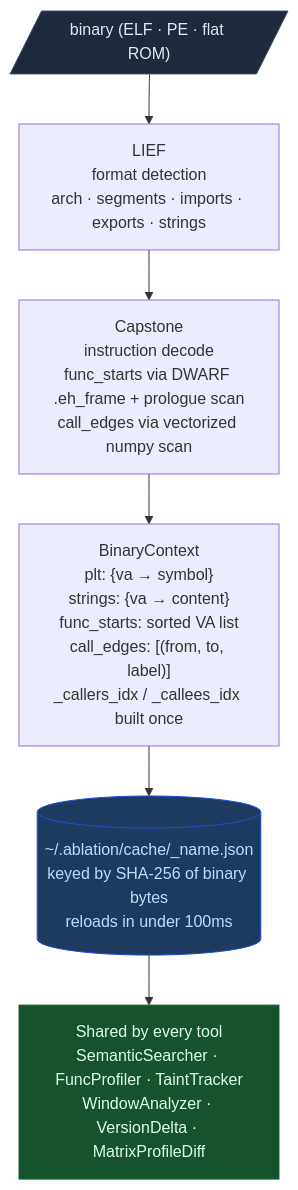
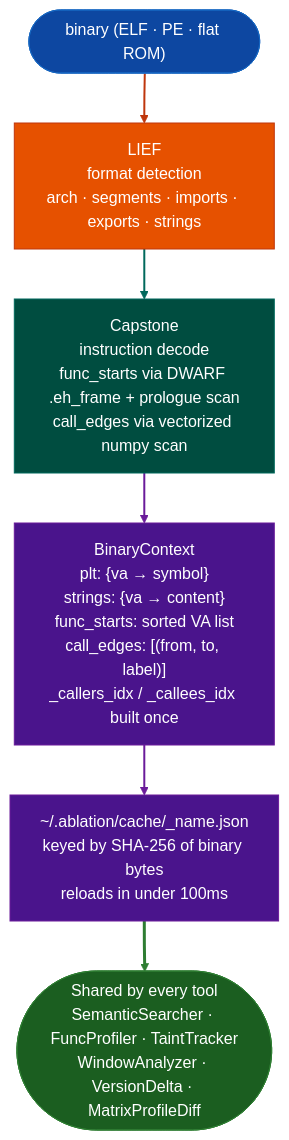
Before and after one commit to Ablation-Tool/ablation: the second of 22 diagrams in docs/overview.md, drawn with Mermaid. The commit also changed other lines of this file and 320 other files, not shown here.

First line of the commit message:
docs: apply canonical Mermaid template to all 321 diagrams

````diff
--- a/docs/overview.md
+++ b/docs/overview.md
@@ -59,12 +66,19 @@
 ```mermaid
 flowchart TD
-    A[/"binary (ELF · PE · flat ROM)"/] --> B["LIEF\nformat detection\narch · segments · imports · exports · strings"]
-    B --> C["Capstone\ninstruction decode\nfunc_starts via DWARF .eh_frame + prologue scan\ncall_edges via vectorized numpy scan"]
-    C --> D["BinaryContext\nplt: {va → symbol}\nstrings: {va → content}\nfunc_starts: sorted VA list\ncall_edges: [(from, to, label)]\n_callers_idx / _callees_idx built once"]
-    D --> E[("~/.ablation/cache/<sha256[:16]>_name.json\nkeyed by SHA-256 of binary bytes\nreloads in under 100ms")]
-    E --> F["Shared by every tool\nSemanticSearcher · FuncProfiler · TaintTracker\nWindowAnalyzer · VersionDelta · MatrixProfileDiff"]
-
-    style A fill:#1e293b,stroke:#475569,color:#e2e8f0
-    style E fill:#1e3a5f,stroke:#1d4ed8,color:#bfdbfe
-    style F fill:#14532d,stroke:#166534,color:#dcfce7
+    A(["binary (ELF · PE · flat ROM)"]):::input --> B["LIEF\nformat detection\narch · segments · imports · exports · strings"]:::primary
+    B:::primary --> C["Capstone\ninstruction decode\nfunc_starts via DWARF .eh_frame + prologue scan\ncall_edges via vectorized numpy scan"]:::secondary
+    C:::secondary --> D["BinaryContext\nplt: {va → symbol}\nstrings: {va → content}\nfunc_starts: sorted VA list\ncall_edges: [(from, to, label)]\n_callers_idx / _callees_idx built once"]:::tertiary
+    D:::tertiary --> E["~/.ablation/cache/<sha256[:16]>_name.json\nkeyed by SHA-256 of binary bytes\nreloads in under 100ms"]:::tertiary
+    E:::tertiary --> F(["Shared by every tool\nSemanticSearcher · FuncProfiler · TaintTracker\nWindowAnalyzer · VersionDelta · MatrixProfileDiff"]):::output
+    classDef input     fill:#0d47a1,stroke:#1565c0,color:#fff
+    classDef primary   fill:#e65100,stroke:#bf360c,color:#fff
+    classDef secondary fill:#004d40,stroke:#00695c,color:#fff
+    classDef tertiary  fill:#4a148c,stroke:#6a1b9a,color:#fff
+    classDef neutral   fill:#37474f,stroke:#546e7a,color:#fff
+    classDef output    fill:#1b5e20,stroke:#2e7d32,color:#fff
+    linkStyle 0 stroke:#bf360c,stroke-width:2px
+    linkStyle 1 stroke:#00695c,stroke-width:2px
+    linkStyle 2 stroke:#6a1b9a,stroke-width:2px
+    linkStyle 3 stroke:#6a1b9a,stroke-width:2px
+    linkStyle 4 stroke:#2e7d32,stroke-width:3px
 ```
````
